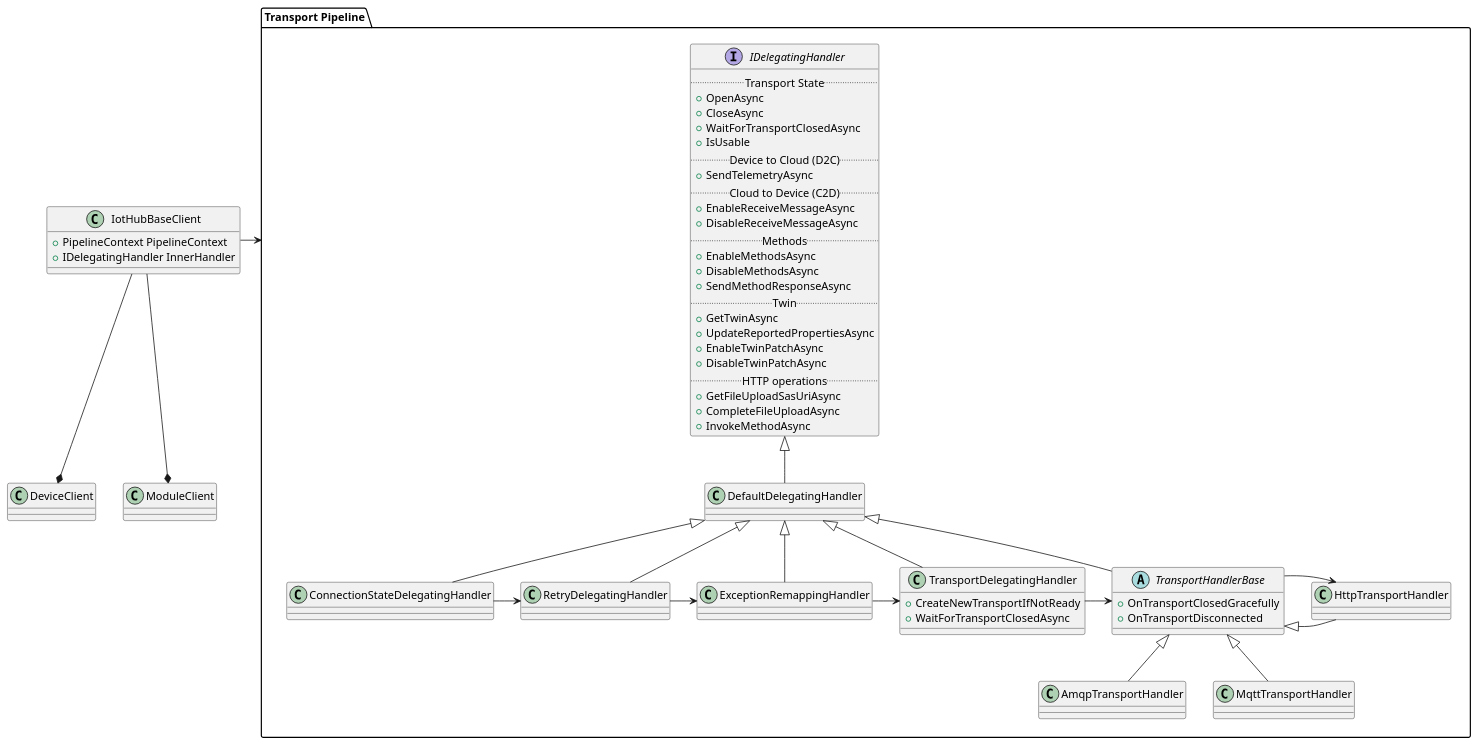
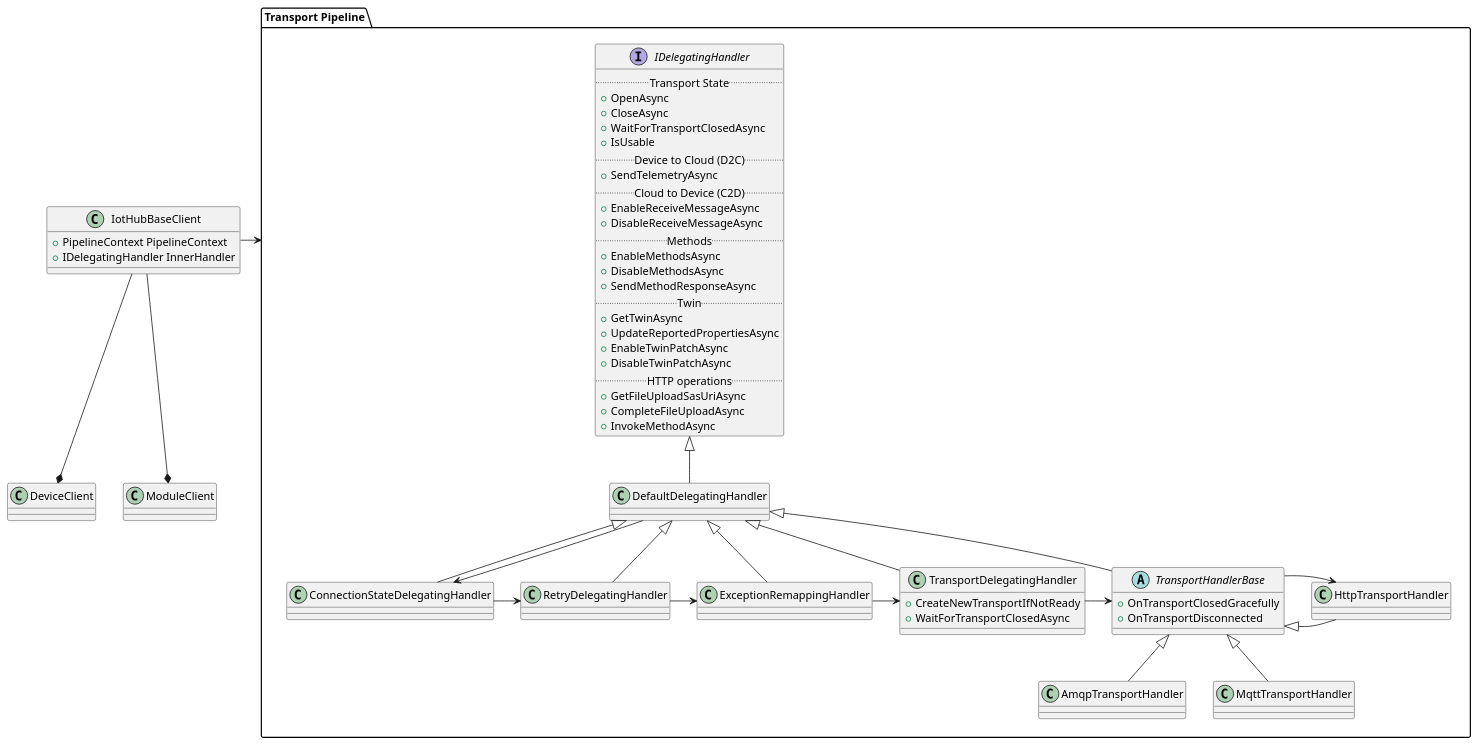
The diagram in iothub/device/devdoc/architecture.puml (Azure/azure-iot-sdk-csharp), drawn with PlantUML before and after one commit. The commit also changed 1 other file, not shown here.

```diff
--- a/iothub/device/devdoc/architecture.puml
+++ b/iothub/device/devdoc/architecture.puml
@@ -1,104 +1,105 @@
 @startuml csharpDeviceClientSDKArchitecture
 class IotHubBaseClient
 {
   + PipelineContext PipelineContext
   + IDelegatingHandler InnerHandler
 }
 
 class DeviceClient 
 { 
 }
 
 class ModuleClient 
 {
 }
 
 IotHubBaseClient --* DeviceClient
 IotHubBaseClient --* ModuleClient
 IotHubBaseClient -> "Transport Pipeline"
 
 package "Transport Pipeline" 
 {
   interface IDelegatingHandler 
   {
     ..Transport State..
     + OpenAsync
     + CloseAsync
     + WaitForTransportClosedAsync
     + IsUsable
     ..Device to Cloud (D2C)..
     + SendTelemetryAsync
     ..Cloud to Device (C2D)..
     + EnableReceiveMessageAsync
     + DisableReceiveMessageAsync
     ..Methods..
     + EnableMethodsAsync
     + DisableMethodsAsync
     + SendMethodResponseAsync
     ..Twin..
     + GetTwinAsync
     + UpdateReportedPropertiesAsync
     + EnableTwinPatchAsync
     + DisableTwinPatchAsync
     ..HTTP operations..
     + GetFileUploadSasUriAsync
     + CompleteFileUploadAsync
     + InvokeMethodAsync
   }
 
   class DefaultDelegatingHandler 
   {
   }
 
   class ConnectionStateDelegatingHandler
   {
   }
 
   class RetryDelegatingHandler 
   {
   }
 
   class ExceptionRemappingHandler
   {
   }
 
   class TransportDelegatingHandler
   {
     + CreateNewTransportIfNotReady
     + WaitForTransportClosedAsync
   }
 
   abstract class TransportHandlerBase
   {
     + OnTransportClosedGracefully
     + OnTransportDisconnected
   }
 
   class AmqpTransportHandler 
   {
   }
 
   class MqttTransportHandler 
   {
   }
 
   class HttpTransportHandler 
   {
   }
 
   IDelegatingHandler <|-- DefaultDelegatingHandler
   DefaultDelegatingHandler <|-- ConnectionStateDelegatingHandler
   DefaultDelegatingHandler <|-- RetryDelegatingHandler
   DefaultDelegatingHandler <|-- ExceptionRemappingHandler
   DefaultDelegatingHandler <|-- TransportDelegatingHandler
   DefaultDelegatingHandler <|-- TransportHandlerBase
   TransportHandlerBase <|-- MqttTransportHandler
   TransportHandlerBase <|-- AmqpTransportHandler
   TransportHandlerBase <|-- HttpTransportHandler
+  DefaultDelegatingHandler --> ConnectionStateDelegatingHandler
   ConnectionStateDelegatingHandler -> RetryDelegatingHandler
   RetryDelegatingHandler -> ExceptionRemappingHandler
   ExceptionRemappingHandler-> TransportDelegatingHandler
   TransportDelegatingHandler -> TransportHandlerBase
   TransportHandlerBase -> HttpTransportHandler
 }
 @enduml
```
